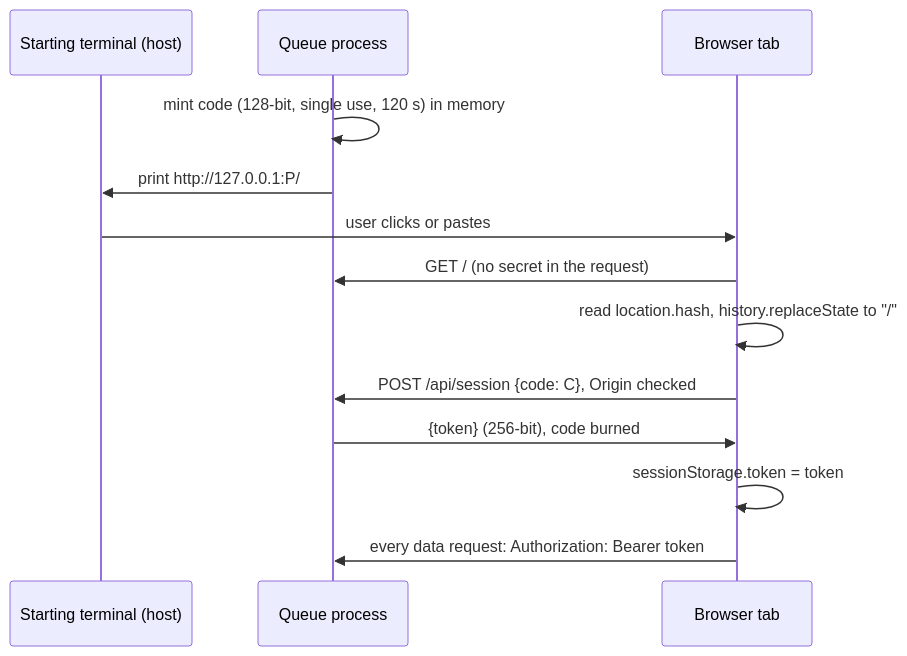
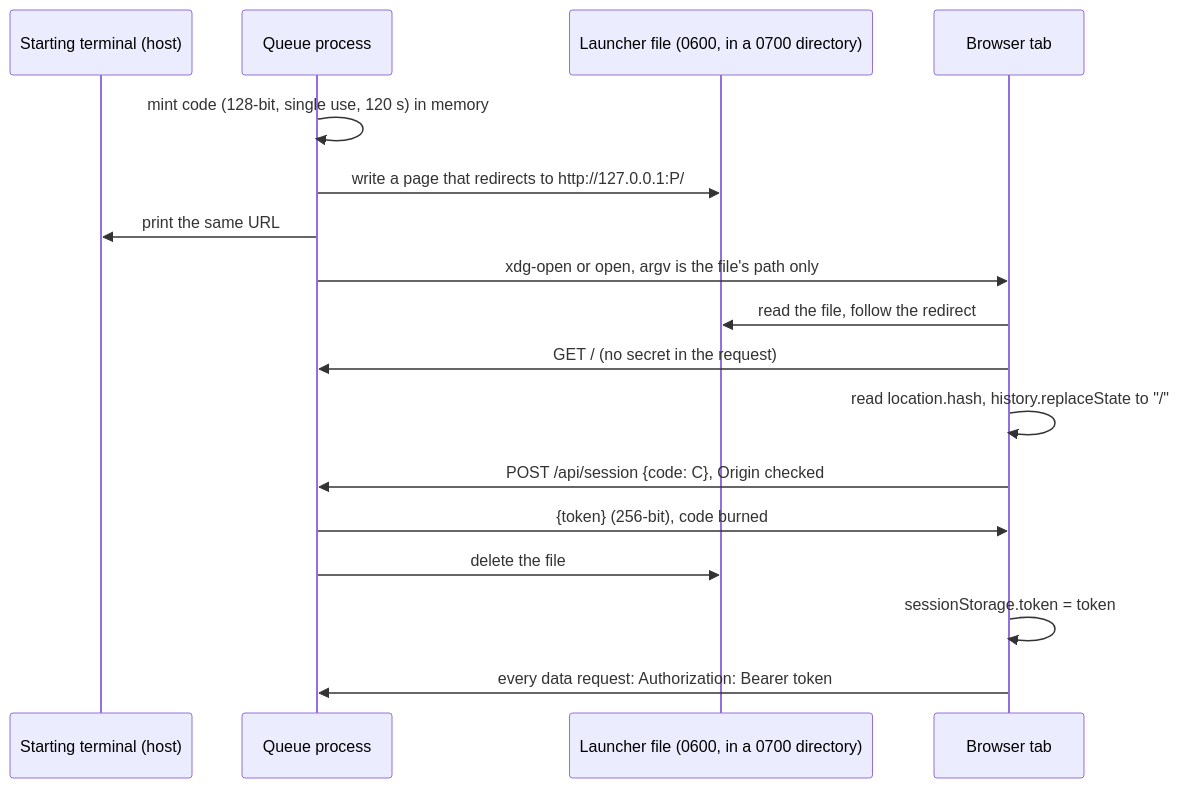
One commit to mschulkind-oss/yolo-jail changed the diagram in docs/design/approval-experience/browser-trust-boundary.md. Above: the diagram before and after it, drawn with Mermaid. The commit also changed other lines of this file and 3 other files, not shown here.

````diff
--- a/docs/design/approval-experience/browser-trust-boundary.md
+++ b/docs/design/approval-experience/browser-trust-boundary.md
@@ -158,15 +163,19 @@
 ```mermaid
 sequenceDiagram
     participant T as Starting terminal (host)
     participant Q as Queue process
+    participant F as Launcher file (0600, in a 0700 directory)
     participant B as Browser tab
     Q->>Q: mint code (128-bit, single use, 120 s) in memory
-    Q->>T: print http://127.0.0.1:P/#code=C
-    T->>B: user clicks or pastes
+    Q->>F: write a page that redirects to http://127.0.0.1:P/#code=C
+    Q->>T: print the same URL
+    Q->>B: xdg-open or open, argv is the file's path only
+    B->>F: read the file, follow the redirect
     B->>Q: GET / (no secret in the request)
     B->>B: read location.hash, history.replaceState to "/"
     B->>Q: POST /api/session {code: C}, Origin checked
     Q->>B: {token} (256-bit), code burned
+    Q->>F: delete the file
     B->>B: sessionStorage.token = token
     B->>Q: every data request: Authorization: Bearer token
 ```
````
